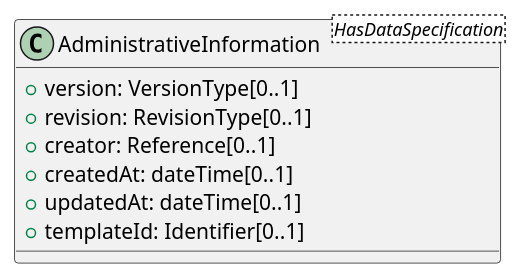
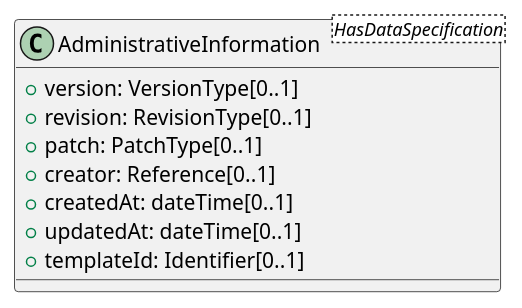
One commit to admin-shell-io/aas-specs-metamodel changed the diagram in documentation/IDTA-01001/modules/ROOT/partials/diagrams/classes/administrative-information.puml. Above: the diagram before and after it, drawn with PlantUML. The commit also changed 3 other files, not shown here.

```diff
--- a/documentation/IDTA-01001/modules/ROOT/partials/diagrams/classes/administrative-information.puml
+++ b/documentation/IDTA-01001/modules/ROOT/partials/diagrams/classes/administrative-information.puml
@@ -1,10 +1,11 @@
 @startuml
 class AdministrativeInformation<HasDataSpecification> {
   +version: VersionType[0..1]
   +revision: RevisionType[0..1]
+  +patch: PatchType[0..1]
   +creator: Reference[0..1]
   +createdAt: dateTime[0..1]
   +updatedAt: dateTime[0..1]
   +templateId: Identifier[0..1]
 }
 @enduml
```
